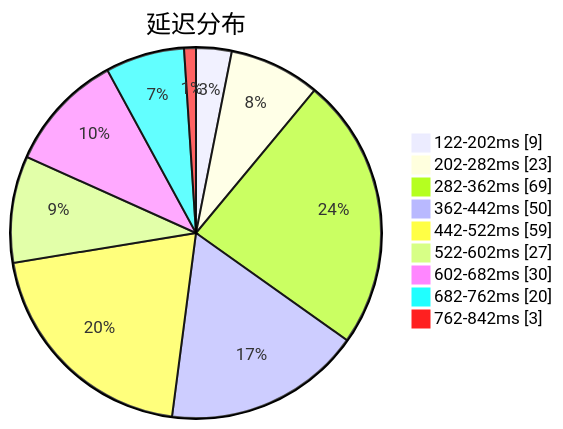
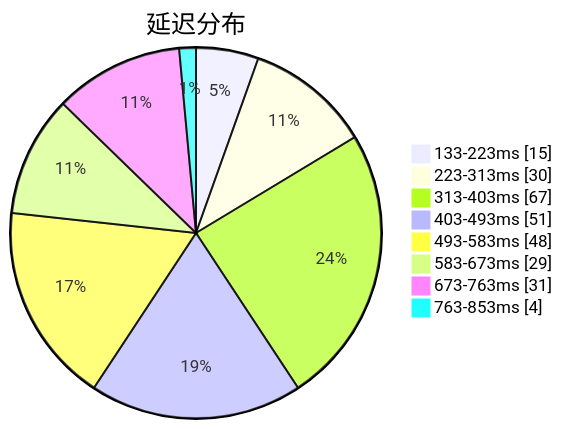
One commit to sinspired/airport changed the first of 3 diagrams in subs/statistics/tested_within.md. Above: the diagram before and after it, drawn with Mermaid. The commit also changed other lines of this file and 2 other files, not shown here.

````diff
--- a/subs/statistics/tested_within.md
+++ b/subs/statistics/tested_within.md
@@ -2,13 +2,12 @@
 ```mermaid
 pie showData
 title 延迟分布
-"122-202ms" : 9
-"202-282ms" : 23
-"282-362ms" : 69
-"362-442ms" : 50
-"442-522ms" : 59
-"522-602ms" : 27
-"602-682ms" : 30
-"682-762ms" : 20
-"762-842ms" : 3
+"133-223ms" : 15
+"223-313ms" : 30
+"313-403ms" : 67
+"403-493ms" : 51
+"493-583ms" : 48
+"583-673ms" : 29
+"673-763ms" : 31
+"763-853ms" : 4
 ```
````
